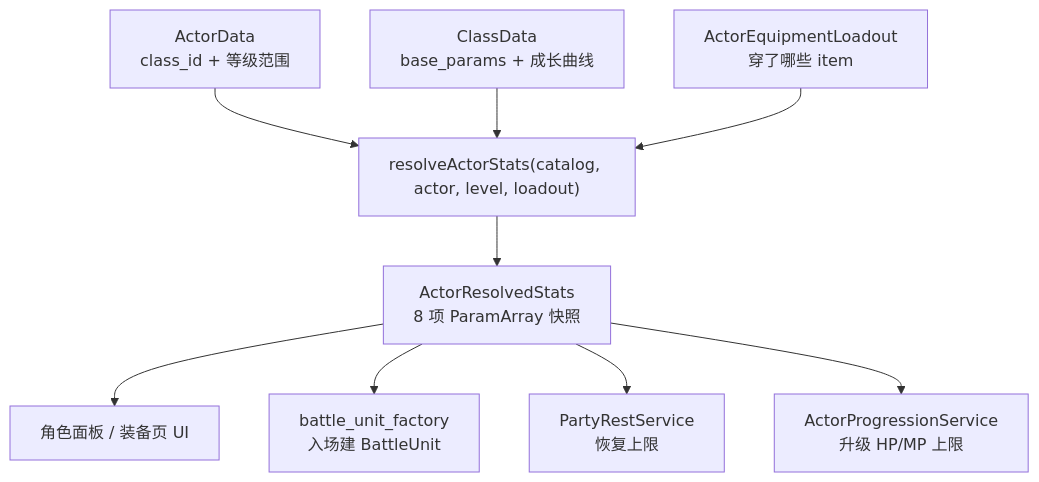
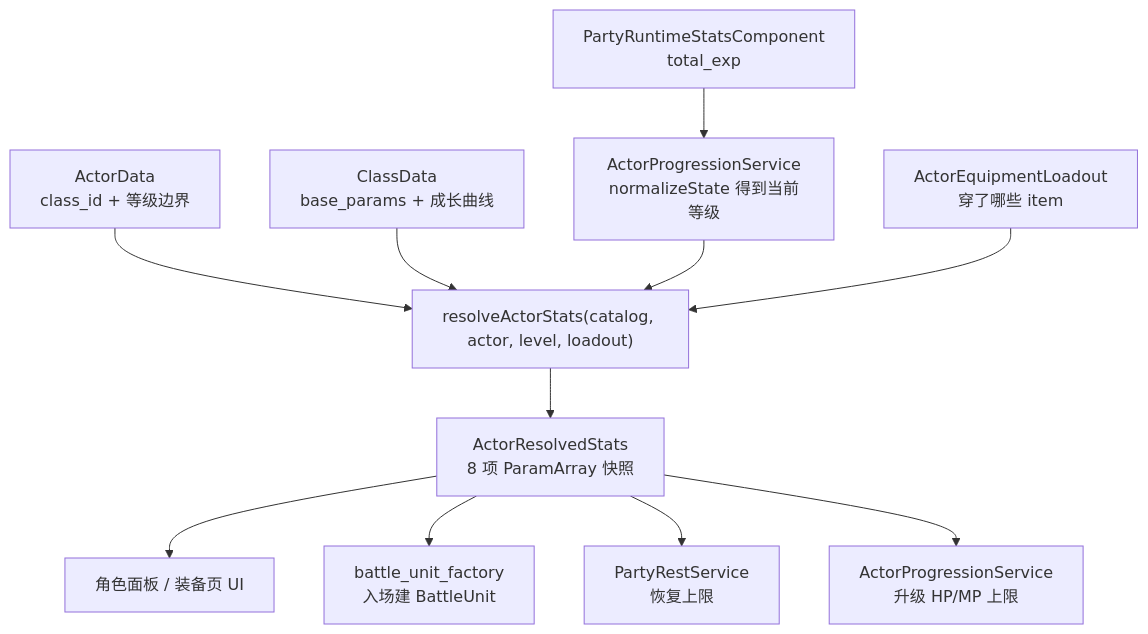
Before and after one commit to WispSnow/TinyFarmRPG: the first of 3 diagrams in lecture_plans/lectures/13-装备成长与休息.md, drawn with Mermaid. The commit also changed other lines of this file and 13 other files, not shown here.

````diff
--- a/lecture_plans/lectures/13-装备成长与休息.md
+++ b/lecture_plans/lectures/13-装备成长与休息.md
@@ -36,11 +36,13 @@
 ```mermaid
 flowchart TD
-    ACTOR["ActorData<br/>class_id + 等级范围"] --> RESOLVE["resolveActorStats(catalog, actor, level, loadout)"]
+    ACTOR["ActorData<br/>class_id + 等级边界"] --> RESOLVE["resolveActorStats(catalog, actor, level, loadout)"]
     CLASS["ClassData<br/>base_params + 成长曲线"] --> RESOLVE
+    RUNTIME["PartyRuntimeStatsComponent<br/>total_exp"] --> LEVEL["ActorProgressionService<br/>normalizeState 得到当前等级"]
+    LEVEL --> RESOLVE
     LOADOUT["ActorEquipmentLoadout<br/>穿了哪些 item"] --> RESOLVE
     RESOLVE --> STATS["ActorResolvedStats<br/>8 项 ParamArray 快照"]
     STATS --> PANEL["角色面板 / 装备页 UI"]
     STATS --> BATTLE["battle_unit_factory<br/>入场建 BattleUnit"]
     STATS --> REST["PartyRestService<br/>恢复上限"]
     STATS --> PROG["ActorProgressionService<br/>升级 HP/MP 上限"]
 ```
````
